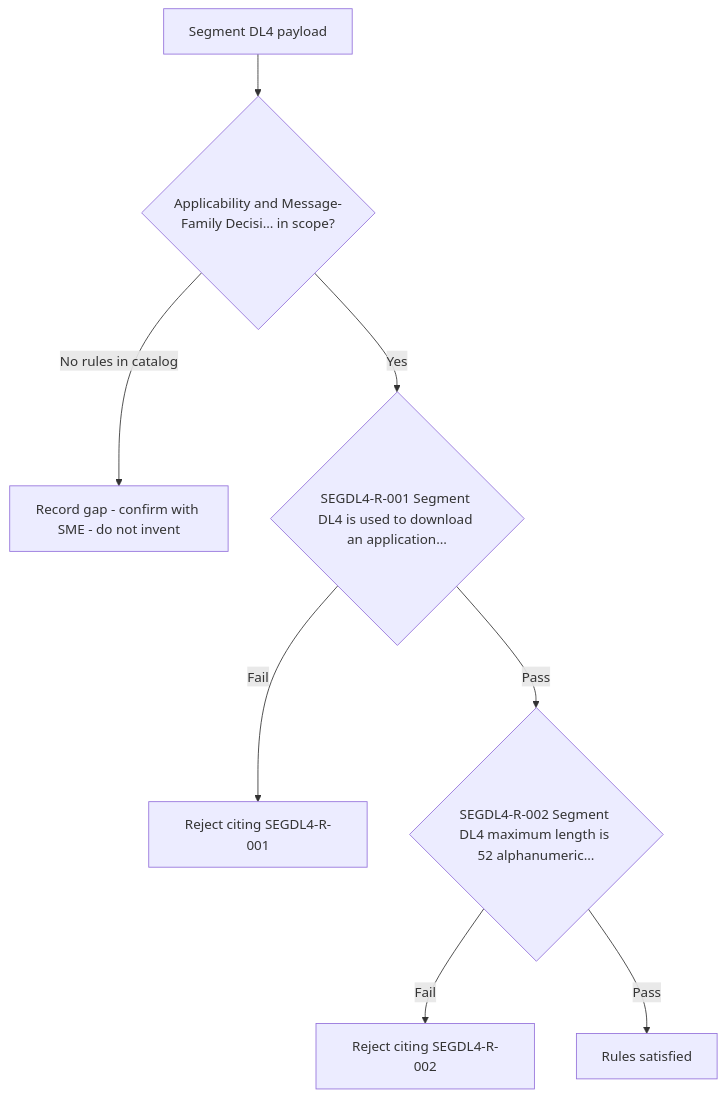
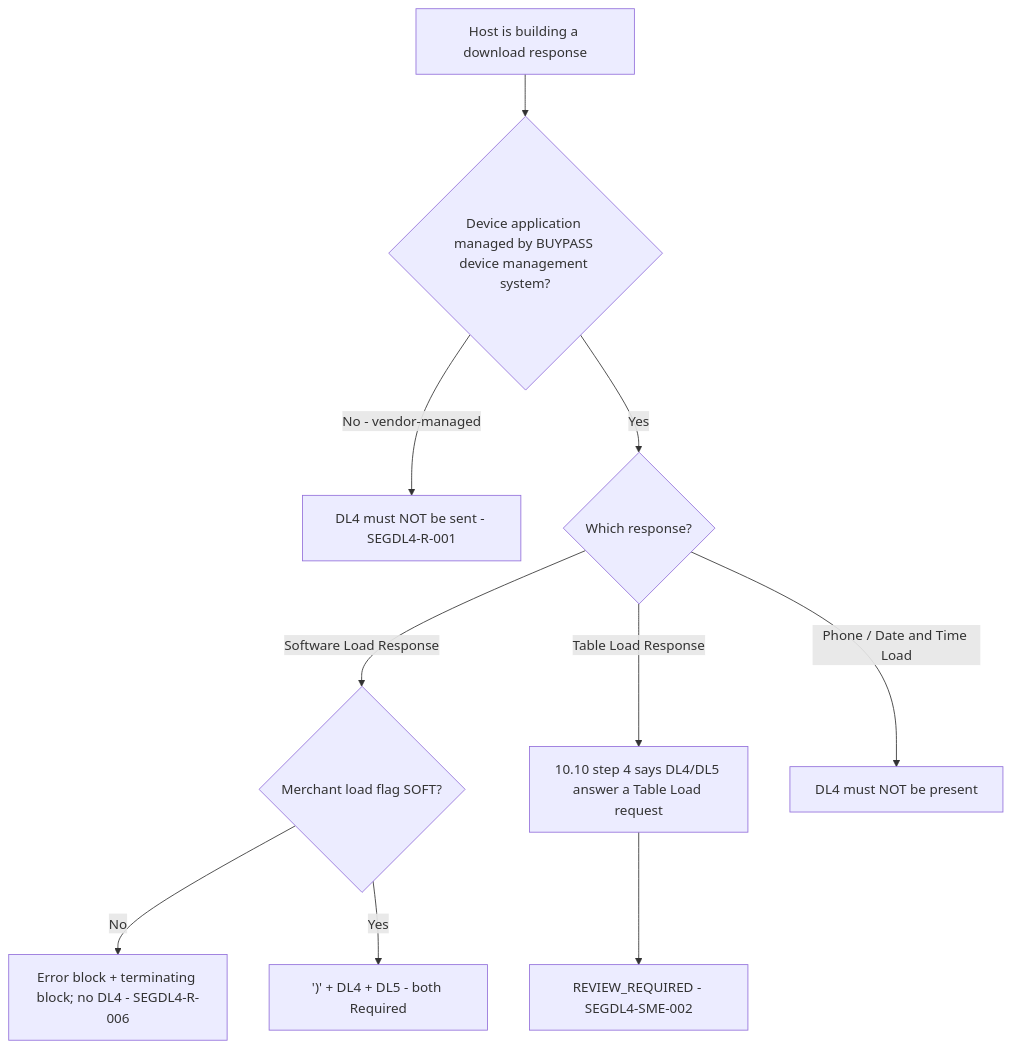
Before and after one commit to DhanSingh-hub/core-auth-ai-validation-framework: the diagram in regression-artifact-validator/specifications/ATL105/docs/specs/kb/segment-DL4/applicability-decision-flow.md, drawn with Mermaid. The commit also changed other lines of this file and 28 other files, not shown here.

First line of the commit message:
docs(segment-DL4): retrain KB module against Segment 100, 11.7.4 Software Load and 10.10 software update processing

````diff
--- a/regression-artifact-validator/specifications/ATL105/docs/specs/kb/segment-DL4/applicability-decision-flow.md
+++ b/regression-artifact-validator/specifications/ATL105/docs/specs/kb/segment-DL4/applicability-decision-flow.md
@@ -3,10 +3,12 @@
 ```mermaid
 flowchart TD
-    A[Segment DL4 payload] --> B{Applicability and Message-Family Decisi… in scope?}
-    B -->|No rules in catalog| G[Record gap - confirm with SME - do not invent]
-    B -->|Yes| R1{SEGDL4-R-001 Segment DL4 is used to download an application…}
-    R1 -->|Fail| X1[Reject citing SEGDL4-R-001]
-    R1 -->|Pass| R2{SEGDL4-R-002 Segment DL4 maximum length is 52 alphanumeric…}
-    R2 -->|Fail| X2[Reject citing SEGDL4-R-002]
-    R2 -->|Pass| Z[Rules satisfied]
+    A[Host is building a download response] --> B{Device application managed by BUYPASS device management system?}
+    B -->|No - vendor-managed| N1[DL4 must NOT be sent - SEGDL4-R-001]
+    B -->|Yes| C{Which response?}
+    C -->|Software Load Response| D{Merchant load flag SOFT?}
+    D -->|No| N2[Error block + terminating block; no DL4 - SEGDL4-R-006]
+    D -->|Yes| E["')' + DL4 + DL5 - both Required"]
+    C -->|Table Load Response| F[10.10 step 4 says DL4/DL5 answer a Table Load request]
+    F --> R1[REVIEW_REQUIRED - SEGDL4-SME-002]
+    C -->|Phone / Date and Time Load| N3[DL4 must NOT be present]
 ```
````
